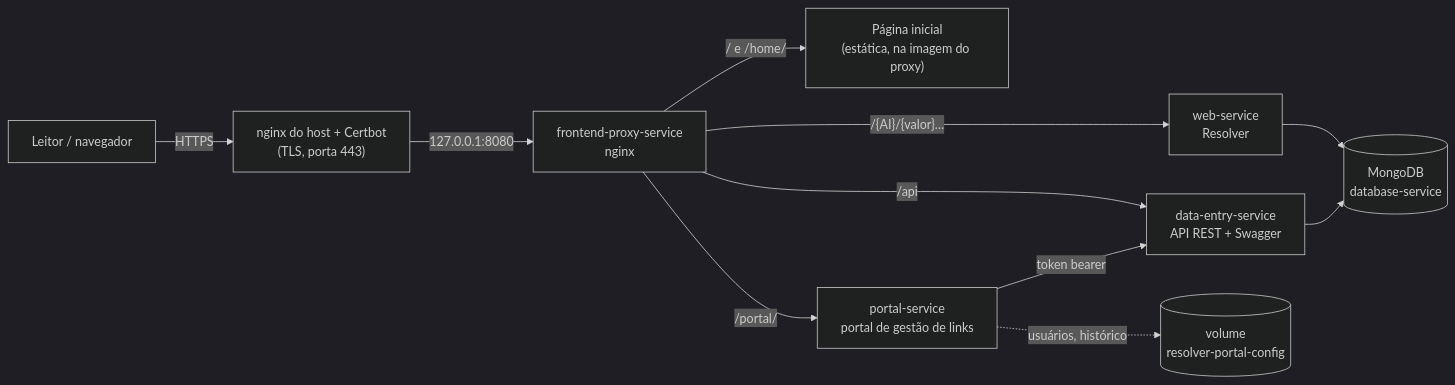
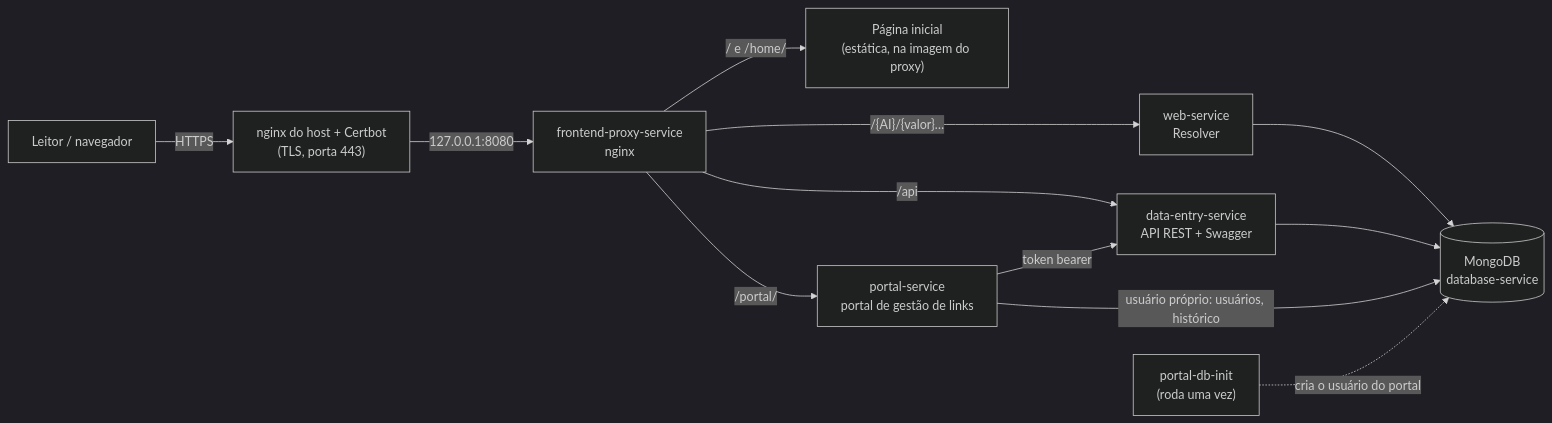
The diagram in Documentation/pt-BR/README.md (ricardomelo/GS1_DigitalLink_Resolver_CE), drawn with Mermaid (dark theme) before and after one commit. The commit also changed other lines of this file and 38 other files, not shown here.

````diff
--- a/Documentation/pt-BR/README.md
+++ b/Documentation/pt-BR/README.md
@@ -101,13 +101,14 @@
 ```mermaid
 flowchart LR
     client["Leitor / navegador"] -->|HTTPS| edge["nginx do host + Certbot<br/>(TLS, porta 443)"]
     edge -->|"127.0.0.1:8080"| proxy["frontend-proxy-service<br/>nginx"]
     proxy -->|"/  e  /home/"| home["Página inicial<br/>(estática, na imagem do proxy)"]
     proxy -->|"/{AI}/{valor}…"| web["web-service<br/>Resolver"]
     proxy -->|"/api"| de["data-entry-service<br/>API REST + Swagger"]
     proxy -->|"/portal/"| portal["portal-service<br/>portal de gestão de links"]
     portal -->|"token bearer"| de
     web --> db[("MongoDB<br/>database-service")]
     de --> db
-    portal -.->|"usuários, histórico"| vol[("volume<br/>resolver-portal-config")]
+    portal -->|"usuário próprio: usuários, histórico"| db
+    init["portal-db-init<br/>(roda uma vez)"] -.->|"cria o usuário do portal"| db
 ```
````
